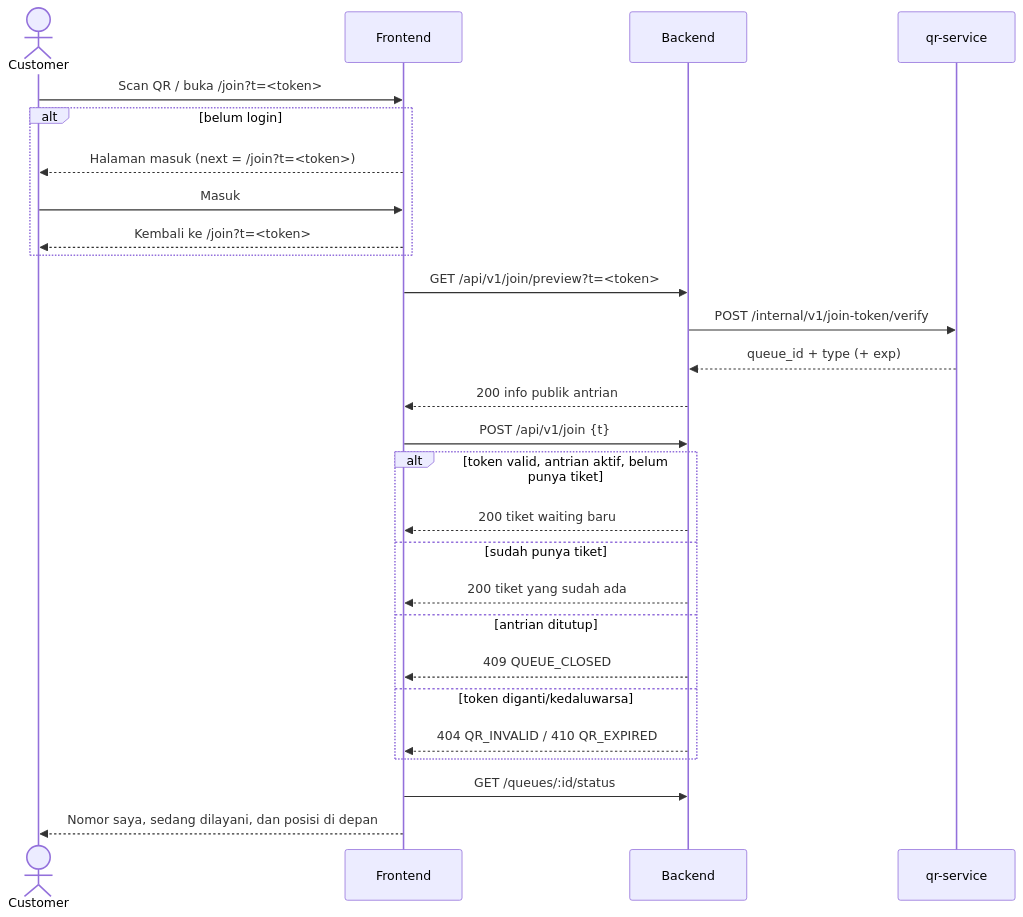
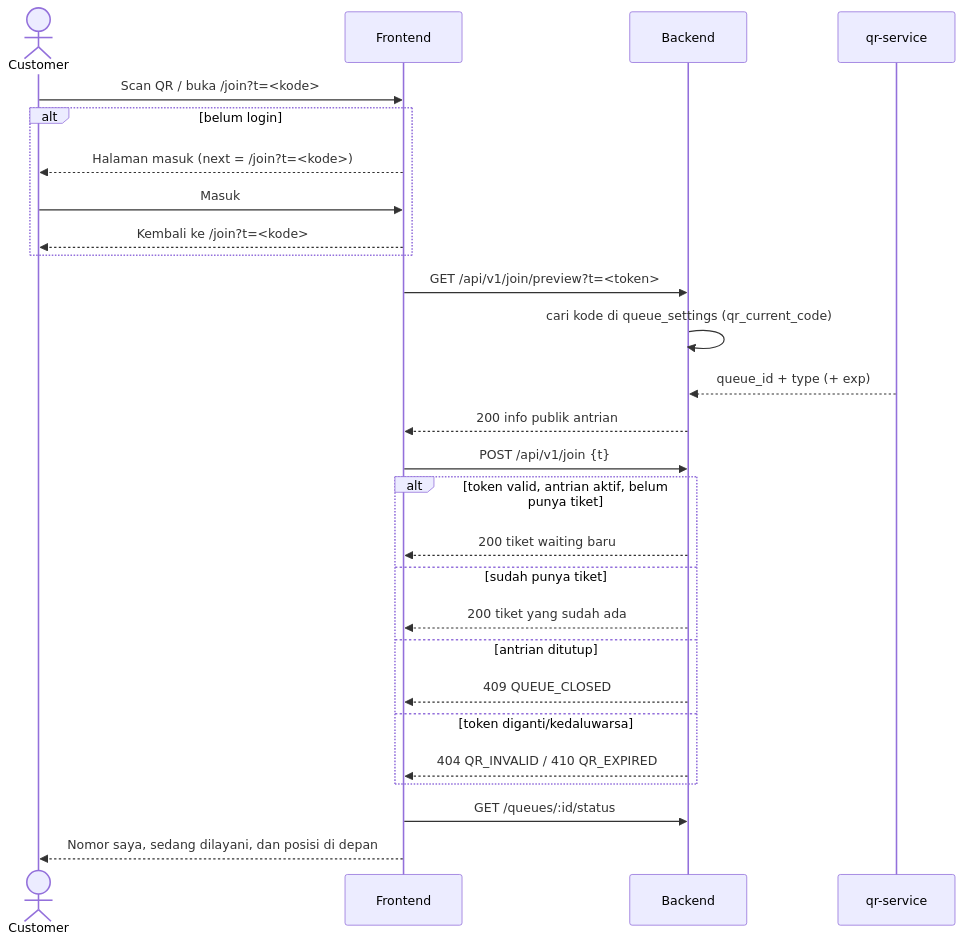
Before and after one commit to monte-christo-gilberd/Queue-Management-System: the fourth of 5 diagrams in FLOW.md, drawn with Mermaid. The commit also changed other lines of this file and 33 other files, not shown here.

Commit message:
feat: change join token for ease of access and add seed data to prod

````diff
--- a/FLOW.md
+++ b/FLOW.md
@@ -110,29 +110,29 @@
 ```mermaid
 sequenceDiagram
     actor C as Customer
     participant FE as Frontend
     participant BE as Backend
     participant QR as qr-service
-    C->>FE: Scan QR / buka /join?t=<token>
+    C->>FE: Scan QR / buka /join?t=<kode>
     alt belum login
-        FE-->>C: Halaman masuk (next = /join?t=<token>)
+        FE-->>C: Halaman masuk (next = /join?t=<kode>)
         C->>FE: Masuk
-        FE-->>C: Kembali ke /join?t=<token>
+        FE-->>C: Kembali ke /join?t=<kode>
     end
     FE->>BE: GET /api/v1/join/preview?t=<token>
-    BE->>QR: POST /internal/v1/join-token/verify
+    BE->>BE: cari kode di queue_settings (qr_current_code)
     QR-->>BE: queue_id + type (+ exp)
     BE-->>FE: 200 info publik antrian
     FE->>BE: POST /api/v1/join {t}
     alt token valid, antrian aktif, belum punya tiket
         BE-->>FE: 200 tiket waiting baru
     else sudah punya tiket
         BE-->>FE: 200 tiket yang sudah ada
     else antrian ditutup
         BE-->>FE: 409 QUEUE_CLOSED
     else token diganti/kedaluwarsa
         BE-->>FE: 404 QR_INVALID / 410 QR_EXPIRED
     end
     FE->>BE: GET /queues/:id/status
     FE-->>C: Nomor saya, sedang dilayani, dan posisi di depan
 ```
````
